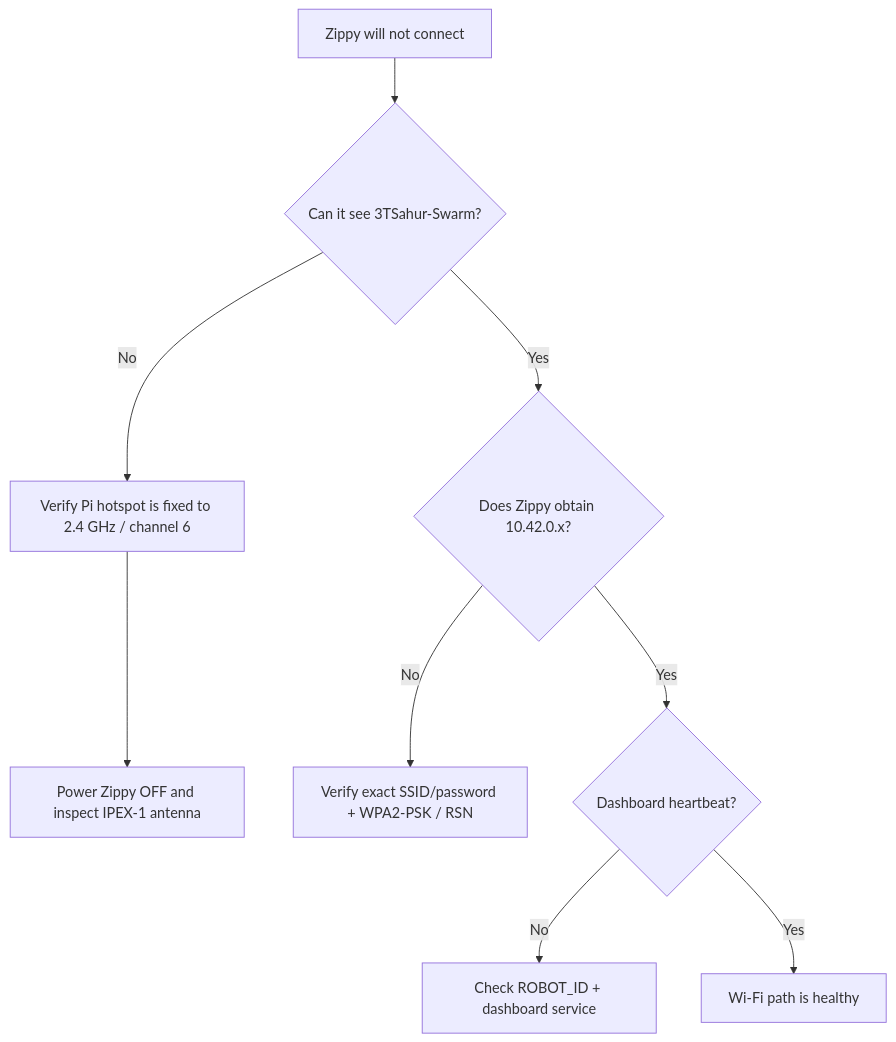
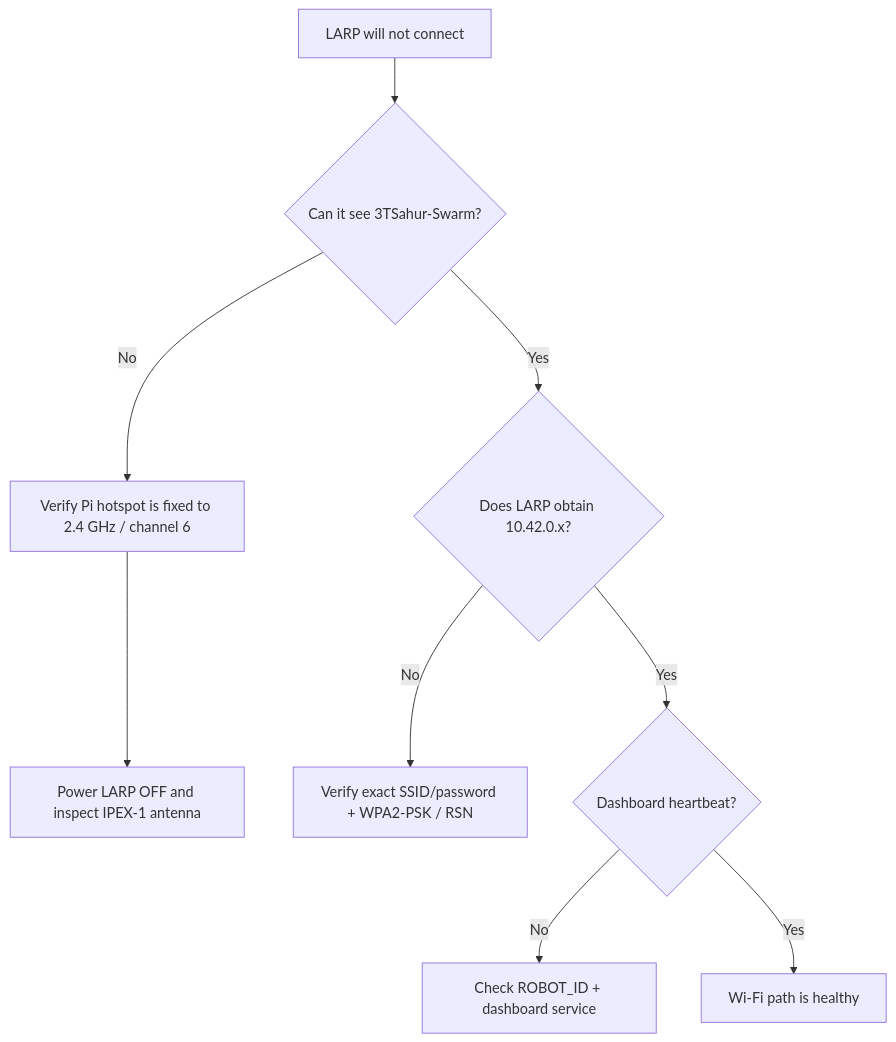
One commit to william-thompsonthe1st/STEM-Research-Academy changed the eighth of 9 diagrams in README.md. Above: the diagram before and after it, drawn with Mermaid. The commit also changed other lines of this file, not shown here.

Commit message:
docs: add 3TSAHUR and LARP mission naming

````diff
--- a/README.md
+++ b/README.md
@@ -272,11 +283,11 @@
 ```mermaid
 flowchart TD
-    A["Zippy will not connect"] --> B{"Can it see 3TSahur-Swarm?"}
+    A["LARP will not connect"] --> B{"Can it see 3TSahur-Swarm?"}
     B -- No --> C["Verify Pi hotspot is fixed to 2.4 GHz / channel 6"]
-    C --> D["Power Zippy OFF and inspect IPEX-1 antenna"]
-    B -- Yes --> E{"Does Zippy obtain 10.42.0.x?"}
+    C --> D["Power LARP OFF and inspect IPEX-1 antenna"]
+    B -- Yes --> E{"Does LARP obtain 10.42.0.x?"}
     E -- No --> F["Verify exact SSID/password + WPA2-PSK / RSN"]
     E -- Yes --> G{"Dashboard heartbeat?"}
     G -- No --> H["Check ROBOT_ID + dashboard service"]
     G -- Yes --> I["Wi-Fi path is healthy"]
 ```
````
